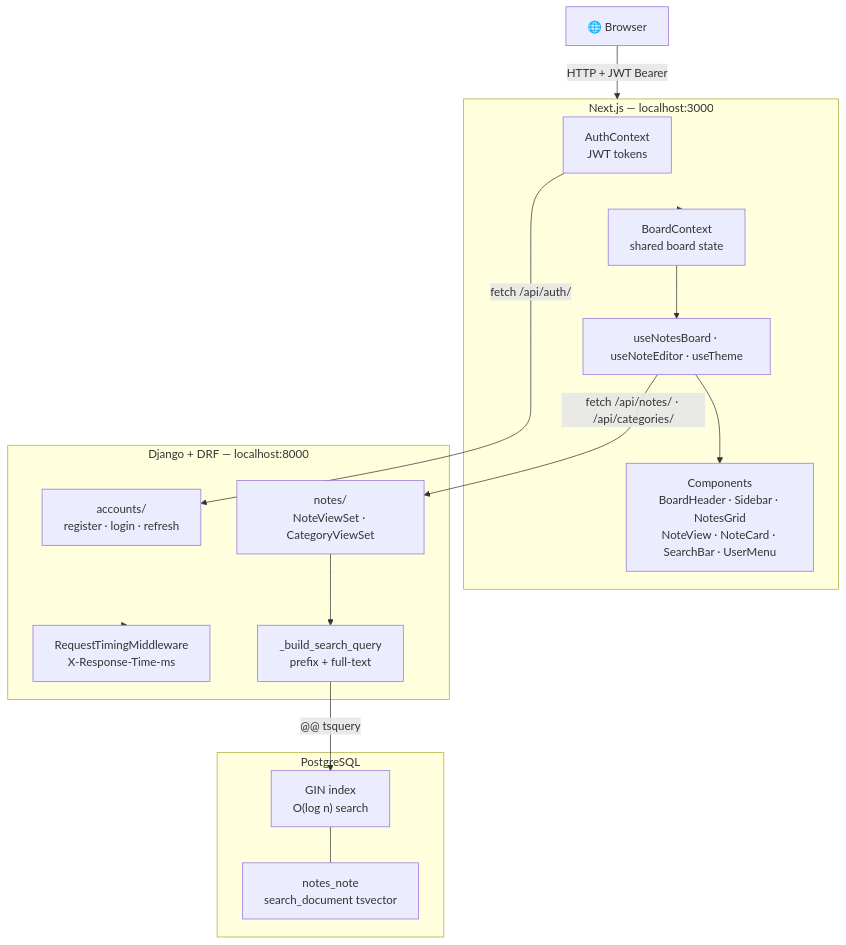
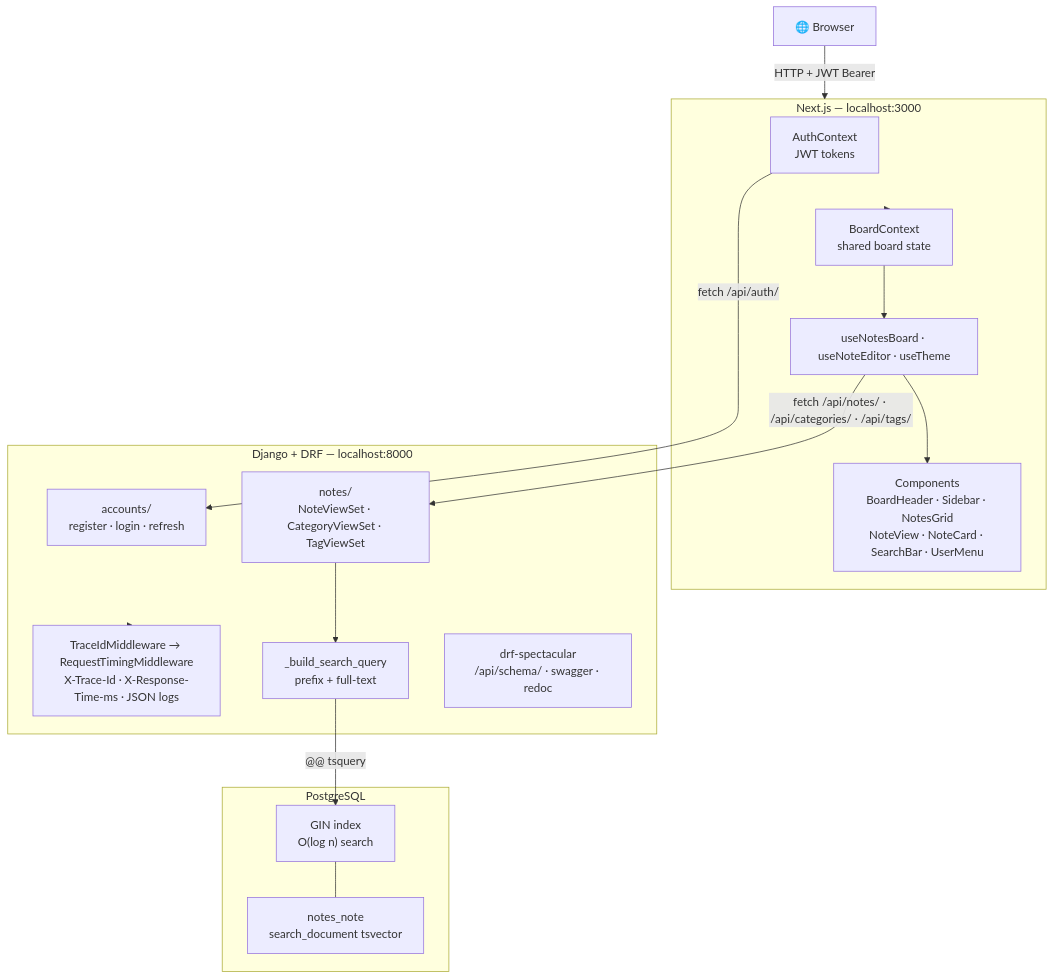
One commit to Ziklon/django-next-notes changed the diagram in README.md. Above: the diagram before and after it, drawn with Mermaid. The commit also changed other lines of this file, not shown here.

````diff
--- a/README.md
+++ b/README.md
@@ -56,34 +60,35 @@
 ```mermaid
 graph TD
     Browser["🌐 Browser"]
 
     subgraph Frontend["Next.js — localhost:3000"]
         AuthCtx["AuthContext\nJWT tokens"]
         BoardCtx["BoardContext\nshared board state"]
         Hooks["useNotesBoard · useNoteEditor · useTheme"]
         UI["Components\nBoardHeader · Sidebar · NotesGrid\nNoteView · NoteCard · SearchBar · UserMenu"]
     end
 
     subgraph Backend["Django + DRF — localhost:8000"]
         Auth["accounts/\nregister · login · refresh"]
-        Notes["notes/\nNoteViewSet · CategoryViewSet"]
+        Notes["notes/\nNoteViewSet · CategoryViewSet · TagViewSet"]
         Search["_build_search_query\nprefix + full-text"]
-        Middleware["RequestTimingMiddleware\nX-Response-Time-ms"]
+        Middleware["TraceIdMiddleware → RequestTimingMiddleware\nX-Trace-Id · X-Response-Time-ms · JSON logs"]
+        Docs["drf-spectacular\n/api/schema/ · swagger · redoc"]
     end
 
     subgraph DB["PostgreSQL"]
         NoteTable["notes_note\nsearch_document tsvector"]
         GIN["GIN index\nO(log n) search"]
     end
 
     Browser -->|"HTTP + JWT Bearer"| Frontend
     AuthCtx -->|"fetch /api/auth/"| Auth
-    Hooks -->|"fetch /api/notes/ · /api/categories/"| Notes
+    Hooks -->|"fetch /api/notes/ · /api/categories/ · /api/tags/"| Notes
     Notes --> Search
     Search -->|"@@ tsquery"| GIN
     GIN --- NoteTable
     Frontend --> BoardCtx
     BoardCtx --> Hooks
     Hooks --> UI
     Backend --> Middleware
 ```
````
